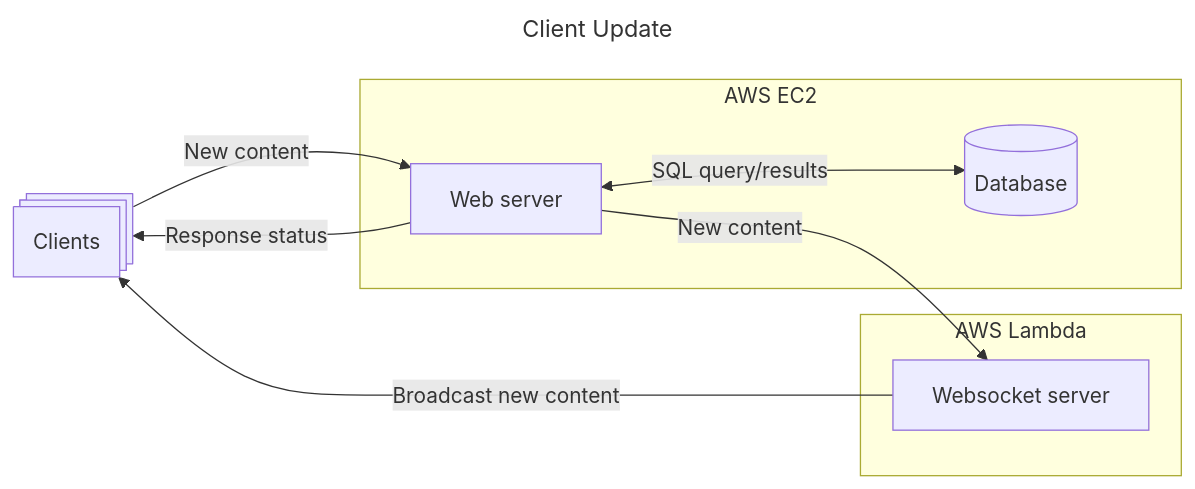
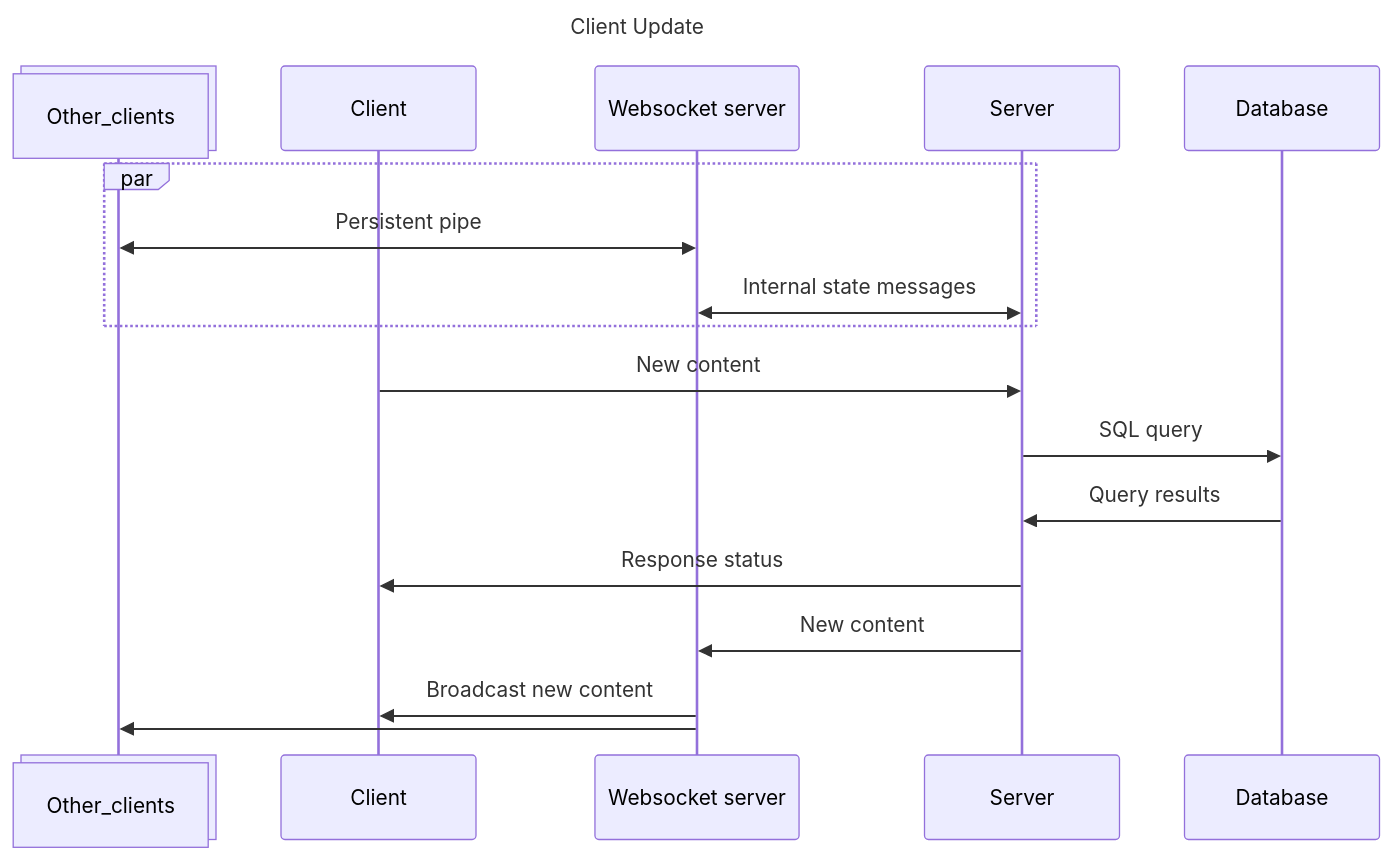
Before and after one commit to Tasktix/Tasktix: the third of 3 diagrams in docs/architecture.md, drawn with Mermaid. The commit also changed other lines of this file, not shown here.

Commit message:
Update architecture diagrams and add context

````diff
--- a/docs/architecture.md
+++ b/docs/architecture.md
@@ -57,26 +78,25 @@
 ```mermaid
 ---
 title: Client Update
 ---
-flowchart LR
-  c@{shape: processes, label: Clients}
+sequenceDiagram
+  participant Other_clients@{type: collections}
+  participant c as Client
+  participant w as Websocket server
+  participant s as Server
+  participant d as Database
 
-  subgraph AWS EC2
-
-    s[Web server]
-
-    d@{shape: cyl, label: Database}
-
-  end
-  subgraph AWS Lambda
-    w[Websocket server]
+  par
+    w<<->>Other_clients: Persistent pipe
+    w<<->>s: Internal state messages
   end
 
-  c -->|New content| s
-  s -->|Response status| c
+  c->>s: New content
+  s->>d: SQL query
+  d->>s: Query results
+  s->>c: Response status
+  s->>w: New content
 
-  s <-->|SQL query/results| d
-
-  s-->|New content|w
-  w-->|Broadcast new content|c
+  w->>c: Broadcast new content
+  w->>Other_clients:
 ```
````
